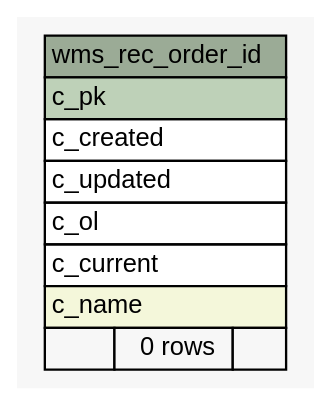
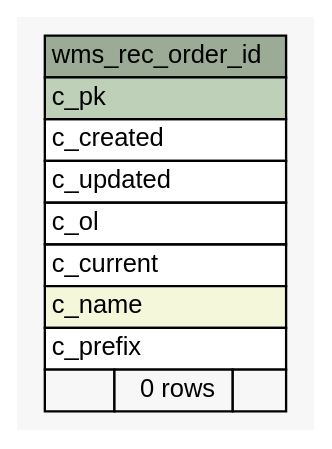
The diagram in 1.0.0-SNAPSHOT/schemaspy/diagrams/summary/wms_rec_order_id.1degree.dot (openwms/org.openwms.wms.receiving.lib), drawn with Graphviz before and after one commit. The commit also changed 329 other files, not shown here.

```diff
--- a/1.0.0-SNAPSHOT/schemaspy/diagrams/summary/wms_rec_order_id.1degree.dot
+++ b/1.0.0-SNAPSHOT/schemaspy/diagrams/summary/wms_rec_order_id.1degree.dot
@@ -1,35 +1,36 @@
 // dot 2.43.0 on Linux 5.8.0-1041-azure
 // SchemaSpy rev Unknown
 digraph "wms_rec_order_id" {
   graph [
     rankdir="RL"
     bgcolor="#f7f7f7"
     nodesep="0.18"
     ranksep="0.46"
     fontname="Helvetica"
     fontsize="11"
   ];
   node [
     fontname="Helvetica"
     fontsize="11"
     shape="plaintext"
   ];
   edge [
     arrowsize="0.8"
   ];
   "wms_rec_order_id" [
     label=<
     <TABLE BORDER="0" CELLBORDER="1" CELLSPACING="0" BGCOLOR="#ffffff">
       <TR><TD COLSPAN="3" BGCOLOR="#9bab96" ALIGN="CENTER">wms_rec_order_id</TD></TR>
       <TR><TD PORT="c_pk" COLSPAN="3" BGCOLOR="#bed1b8" ALIGN="LEFT">c_pk</TD></TR>
       <TR><TD PORT="c_created" COLSPAN="3" ALIGN="LEFT">c_created</TD></TR>
       <TR><TD PORT="c_updated" COLSPAN="3" ALIGN="LEFT">c_updated</TD></TR>
       <TR><TD PORT="c_ol" COLSPAN="3" ALIGN="LEFT">c_ol</TD></TR>
       <TR><TD PORT="c_current" COLSPAN="3" ALIGN="LEFT">c_current</TD></TR>
       <TR><TD PORT="c_name" COLSPAN="3" BGCOLOR="#f4f7da" ALIGN="LEFT">c_name</TD></TR>
+      <TR><TD PORT="c_prefix" COLSPAN="3" ALIGN="LEFT">c_prefix</TD></TR>
       <TR><TD ALIGN="LEFT" BGCOLOR="#f7f7f7">  </TD><TD ALIGN="RIGHT" BGCOLOR="#f7f7f7">0 rows</TD><TD ALIGN="RIGHT" BGCOLOR="#f7f7f7">  </TD></TR>
     </TABLE>>
     URL="tables/wms_rec_order_id.html"
     tooltip="wms_rec_order_id"
   ];
 }
```
